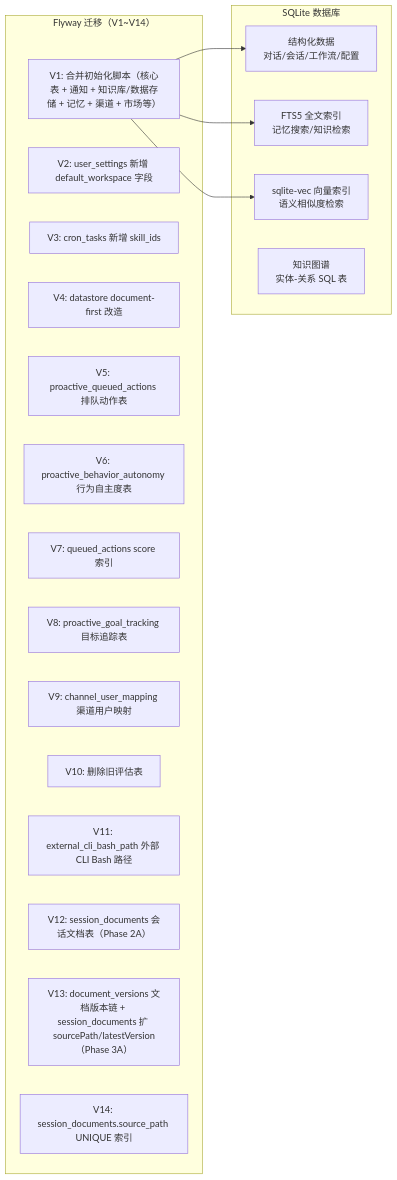
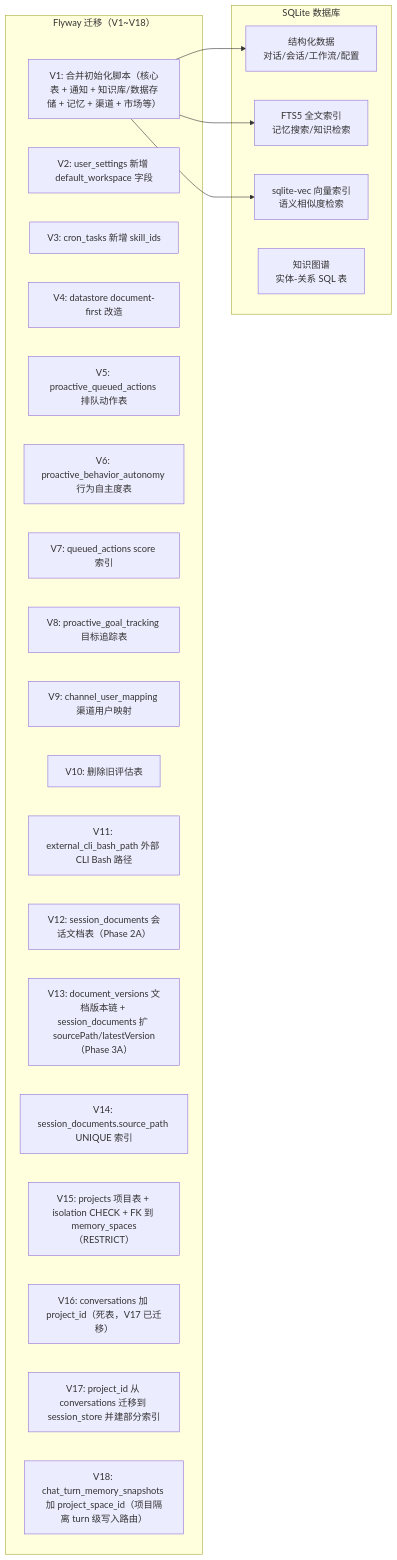
One commit to ntygod/LifePilot changed the third of 4 diagrams in docs/ARCHITECTURE.md. Above: the diagram before and after it, drawn with Mermaid. The commit also changed other lines of this file and 113 other files, not shown here.

````diff
--- a/docs/ARCHITECTURE.md
+++ b/docs/ARCHITECTURE.md
@@ -185,30 +186,34 @@
 ```mermaid
 graph LR
     subgraph "SQLite 数据库"
         SQL["结构化数据<br/>对话/会话/工作流/配置"]
         FTS["FTS5 全文索引<br/>记忆搜索/知识检索"]
         VEC["sqlite-vec 向量索引<br/>语义相似度检索"]
         GRAPH["知识图谱<br/>实体-关系 SQL 表"]
     end
 
-    subgraph "Flyway 迁移（V1~V14）"
+    subgraph "Flyway 迁移（V1~V18）"
         V1["V1: 合并初始化脚本（核心表 + 通知 + 知识库/数据存储 + 记忆 + 渠道 + 市场等）"]
         V2["V2: user_settings 新增 default_workspace 字段"]
         V3["V3: cron_tasks 新增 skill_ids"]
         V4["V4: datastore document-first 改造"]
         V5["V5: proactive_queued_actions 排队动作表"]
         V6["V6: proactive_behavior_autonomy 行为自主度表"]
         V7["V7: queued_actions score 索引"]
         V8["V8: proactive_goal_tracking 目标追踪表"]
         V9["V9: channel_user_mapping 渠道用户映射"]
         V10["V10: 删除旧评估表"]
         V11["V11: external_cli_bash_path 外部 CLI Bash 路径"]
         V12["V12: session_documents 会话文档表（Phase 2A）"]
         V13["V13: document_versions 文档版本链 + session_documents 扩 sourcePath/latestVersion（Phase 3A）"]
         V14["V14: session_documents.source_path UNIQUE 索引"]
+        V15["V15: projects 项目表 + isolation CHECK + FK 到 memory_spaces（RESTRICT）"]
+        V16["V16: conversations 加 project_id（死表，V17 已迁移）"]
+        V17["V17: project_id 从 conversations 迁移到 session_store 并建部分索引"]
+        V18["V18: chat_turn_memory_snapshots 加 project_space_id（项目隔离 turn 级写入路由）"]
     end
 
     V1 --> SQL
     V1 --> FTS
     V1 --> VEC
 ```
````
